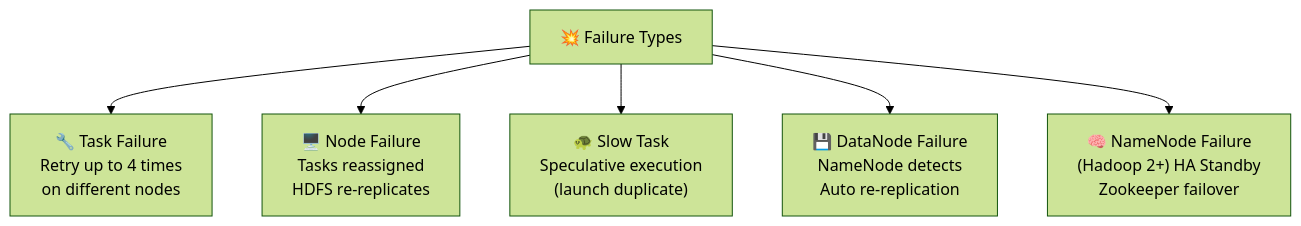
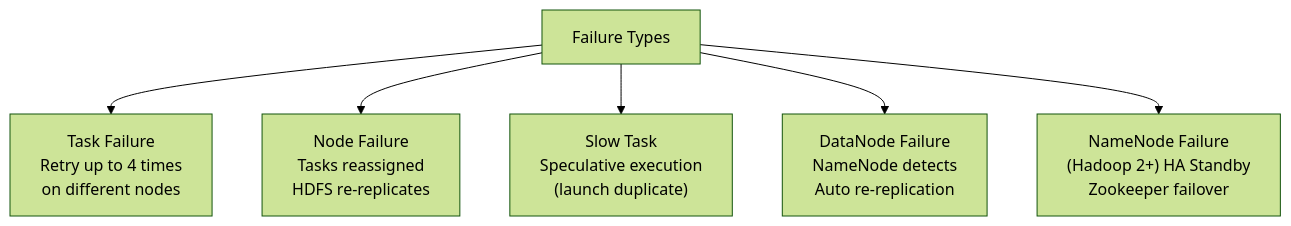
The tenth of 13 diagrams in UNITS/UNIT 3/unit-3-english-fun.md (NK2552003/Big-Data-Survival-Guide), drawn with Mermaid (forest theme) before and after one commit. The commit also changed other lines of this file and 78 other files, not shown here.

````diff
--- a/UNITS/UNIT 3/unit-3-english-fun.md
+++ b/UNITS/UNIT 3/unit-3-english-fun.md
@@ -1156,10 +1152,10 @@
 ```mermaid
 flowchart TB
-    F["💥 Failure Types"]
+ F[" Failure Types"]
 
-    F --> TF["🔧 Task Failure\nRetry up to 4 times\non different nodes"]
-    F --> NF["🖥️ Node Failure\nTasks reassigned\nHDFS re-replicates"]
-    F --> SF["🐢 Slow Task\nSpeculative execution\n(launch duplicate)"]
-    F --> DNF["💾 DataNode Failure\nNameNode detects\nAuto re-replication"]
-    F --> NNF["🧠 NameNode Failure\n(Hadoop 2+) HA Standby\nZookeeper failover"]
+ F --> TF[" Task Failure\nRetry up to 4 times\non different nodes"]
+ F --> NF[" Node Failure\nTasks reassigned\nHDFS re-replicates"]
+ F --> SF[" Slow Task\nSpeculative execution\n(launch duplicate)"]
+ F --> DNF[" DataNode Failure\nNameNode detects\nAuto re-replication"]
+ F --> NNF[" NameNode Failure\n(Hadoop 2+) HA Standby\nZookeeper failover"]
 ```
````
